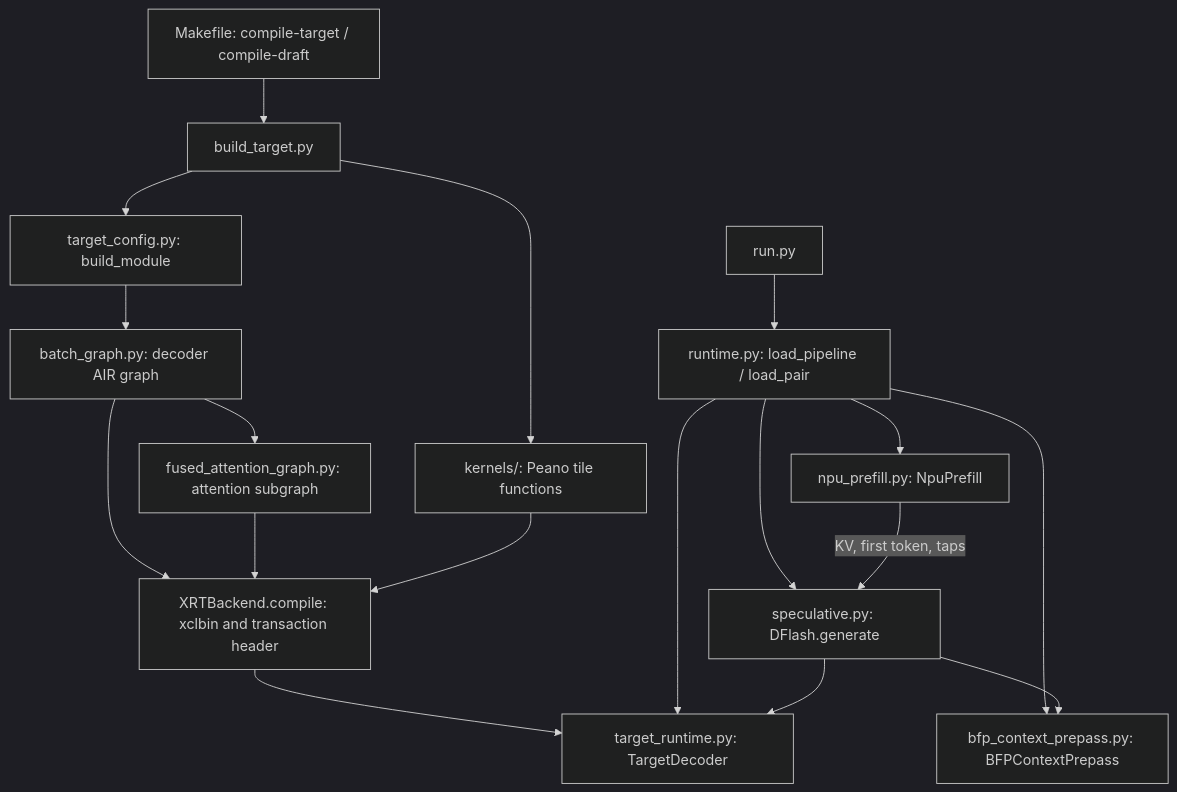
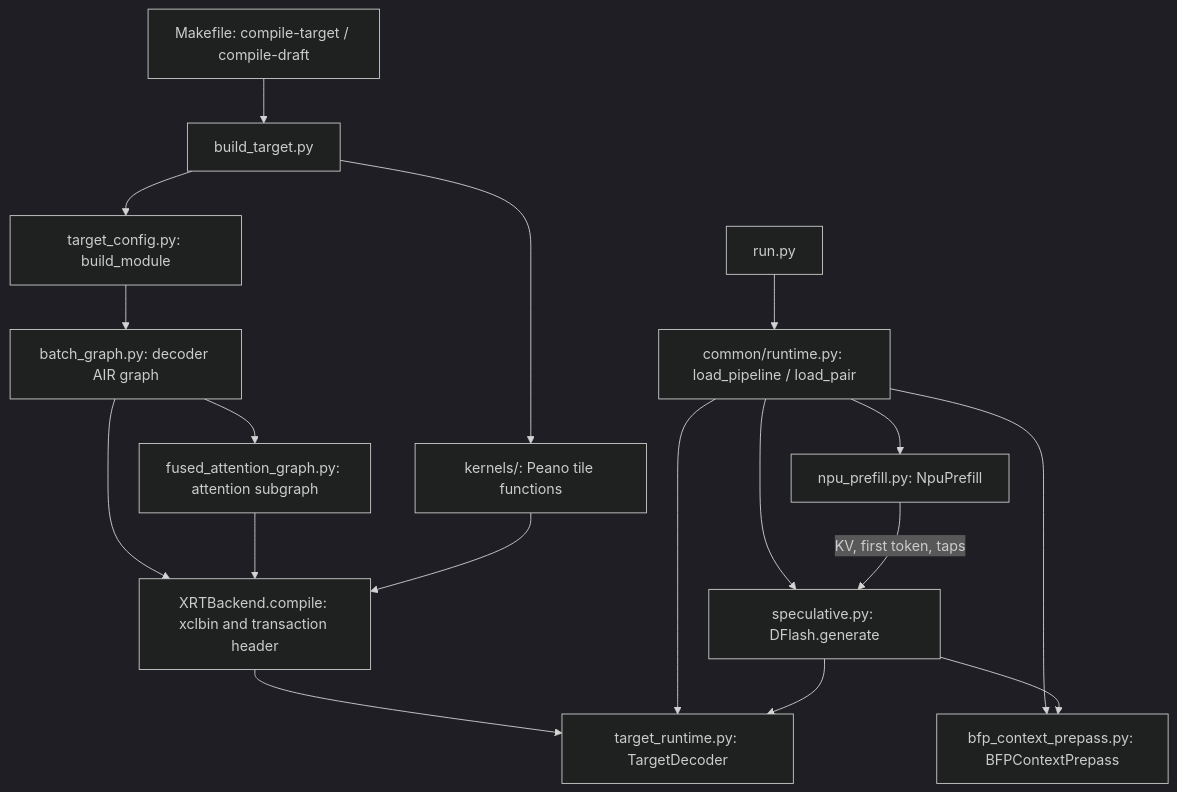
Before and after one commit to Xilinx/mlir-air: the diagram in programming_examples/llms/dflash/qwen3_4b/docs/code-map.md, drawn with Mermaid (dark theme). The commit also changed other lines of this file and 67 other files, not shown here.

````diff
--- a/programming_examples/llms/dflash/qwen3_4b/docs/code-map.md
+++ b/programming_examples/llms/dflash/qwen3_4b/docs/code-map.md
@@ -16,20 +16,20 @@
 ```mermaid
 flowchart TB
   M["Makefile: compile-target / compile-draft"] --> B["build_target.py"]
   B --> C["target_config.py: build_module"]
   C --> G["batch_graph.py: decoder AIR graph"]
   G --> A["fused_attention_graph.py: attention subgraph"]
   B --> K["kernels/: Peano tile functions"]
   G --> X["XRTBackend.compile: xclbin and transaction header"]
   A --> X
   K --> X
   X --> T["target_runtime.py: TargetDecoder"]
-  R["run.py"] --> P["runtime.py: load_pipeline / load_pair"]
+  R["run.py"] --> P["common/runtime.py: load_pipeline / load_pair"]
   P --> T
   P --> F["npu_prefill.py: NpuPrefill"]
   P --> N["bfp_context_prepass.py: BFPContextPrepass"]
   P --> S["speculative.py: DFlash.generate"]
   F -->|"KV, first token, taps"| S
   S --> T
   S --> N
 ```
````
